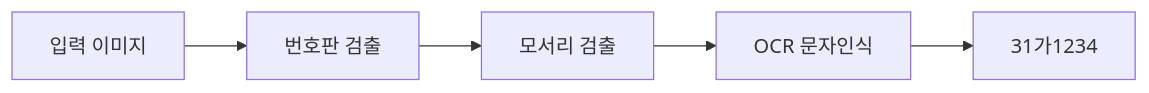
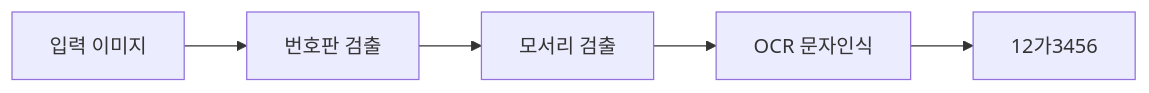
Before and after one commit to sauce-git/korean-license-plate-detector: the diagram in README.md, drawn with Mermaid.

````diff
--- a/README.md
+++ b/README.md
@@ -15,7 +15,7 @@
 ```mermaid
 flowchart LR
     A[입력 이미지] --> B[번호판 검출]
     B --> C[모서리 검출]
     C --> D[OCR 문자인식]
-    D --> E[31가1234]
+    D --> E[12가3456]
 ```
````
